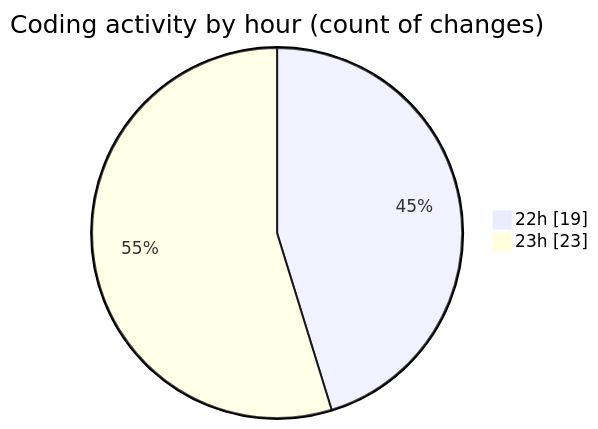
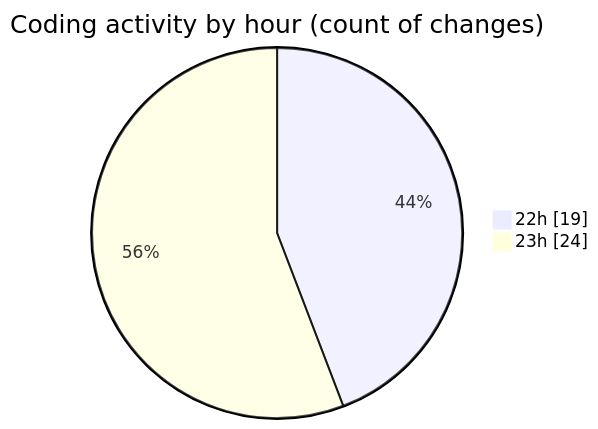
The second of 2 diagrams in 2025-08-20/napxuvn/README.md (lephambinh05/code-tracking), drawn with Mermaid before and after one commit. The commit also changed other lines of this file and 1 other file, not shown here.

````diff
--- a/2025-08-20/napxuvn/README.md
+++ b/2025-08-20/napxuvn/README.md
@@ -37,6 +38,6 @@
 ```mermaid
 pie showData
 title Coding activity by hour (count of changes)
 "22h" : 19
-"23h" : 23
+"23h" : 24
 ```
````
